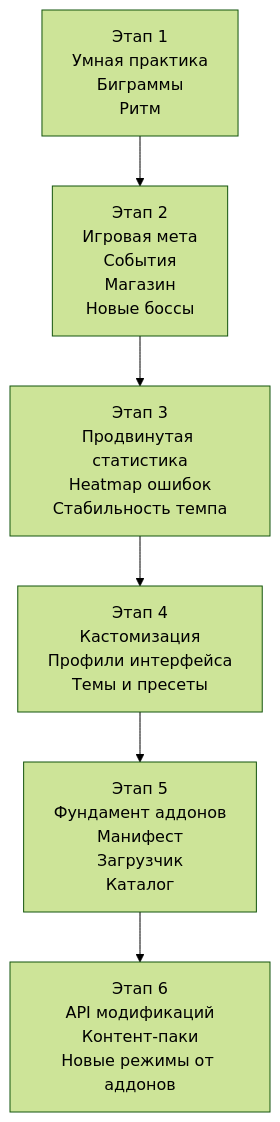
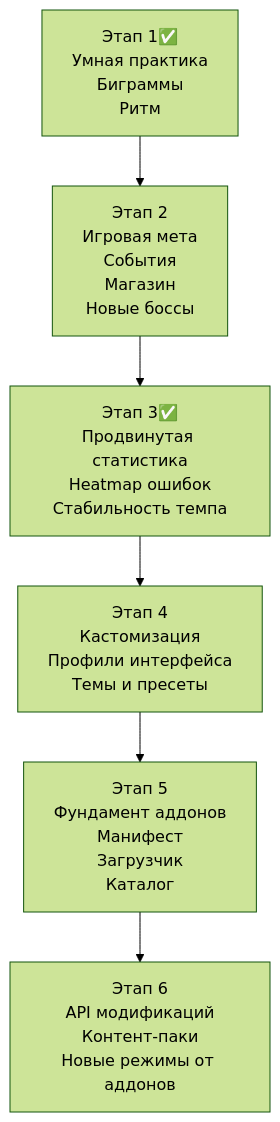
Before and after one commit to DispenserBro/typing-trainer: the diagram in ROADMAP.md, drawn with Mermaid (forest theme). The commit also changed other lines of this file and 113 other files, not shown here.

````diff
--- a/ROADMAP.md
+++ b/ROADMAP.md
@@ -19,8 +19,8 @@
 ```mermaid
 flowchart TD
-    A["Этап 1<br/>Умная практика<br/>Биграммы<br/>Ритм"] --> B["Этап 2<br/>Игровая мета<br/>События<br/>Магазин<br/>Новые боссы"]
-    B --> C["Этап 3<br/>Продвинутая статистика<br/>Heatmap ошибок<br/>Стабильность темпа"]
+    A["Этап 1✅<br/>Умная практика<br/>Биграммы<br/>Ритм"] --> B["Этап 2<br/>Игровая мета<br/>События<br/>Магазин<br/>Новые боссы"]
+    B --> C["Этап 3✅<br/>Продвинутая статистика<br/>Heatmap ошибок<br/>Стабильность темпа"]
     C --> D["Этап 4<br/>Кастомизация<br/>Профили интерфейса<br/>Темы и пресеты"]
     D --> E["Этап 5<br/>Фундамент аддонов<br/>Манифест<br/>Загрузчик<br/>Каталог"]
     E --> F["Этап 6<br/>API модификаций<br/>Контент-паки<br/>Новые режимы от аддонов"]
 ```
````
